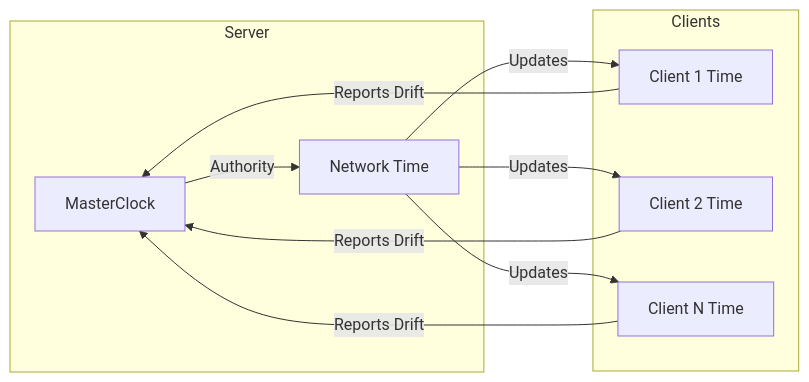
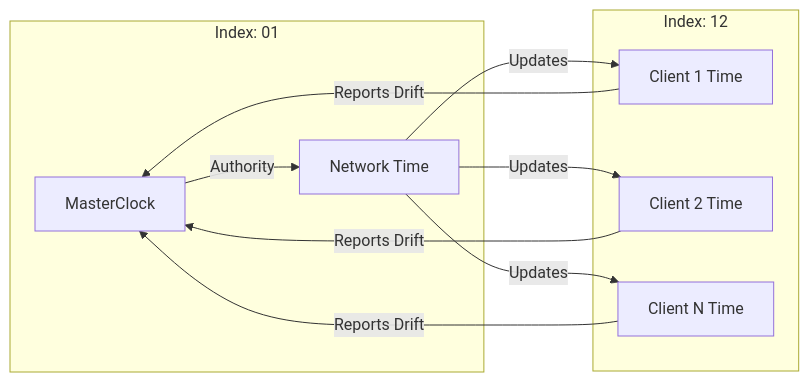
The sixth of 10 diagrams in docs/ARCHITECTURE.md (ThornsOfire/Minefest-Core), drawn with Mermaid before and after one commit. The commit also changed other lines of this file and 65 other files, not shown here.

````diff
--- a/docs/ARCHITECTURE.md
+++ b/docs/ARCHITECTURE.md
@@ -116,20 +288,20 @@
 ```mermaid
 graph LR
-    subgraph Server
+    subgraph Server [Index: 01]
         A[MasterClock] -->|Authority| B[Network Time]
     end
     
-    subgraph Clients
+    subgraph Clients [Index: 12]
         C[Client 1 Time]
         D[Client 2 Time]
         E[Client N Time]
     end
     
     B -->|Updates| C
     B -->|Updates| D
     B -->|Updates| E
     
     C -->|Reports Drift| A
     D -->|Reports Drift| A
     E -->|Reports Drift| A
 ```
````
